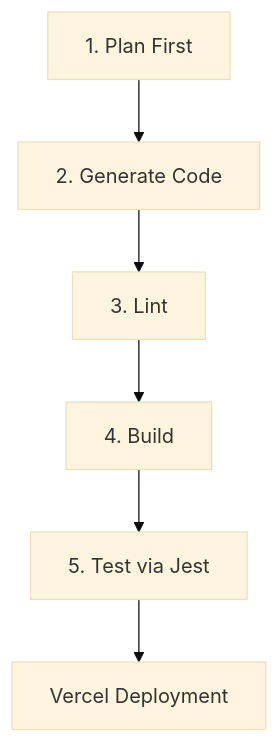
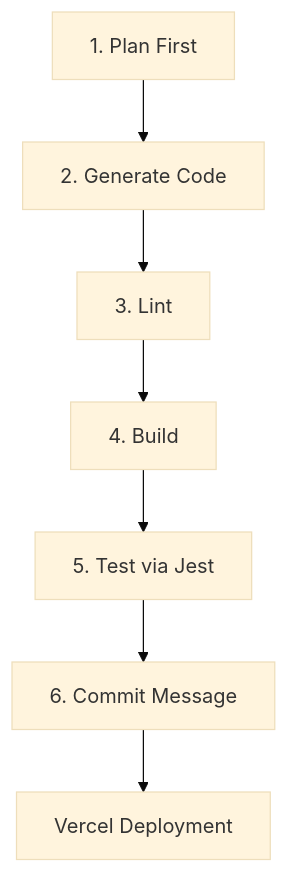
The diagram in AGENT.MD (itanne99/ido-portfolio), drawn with Mermaid (base theme) before and after one commit. The commit also changed other lines of this file, not shown here.

Commit message:
chore: add commit message generation to agent rules

````diff
--- a/AGENT.MD
+++ b/AGENT.MD
@@ -56,8 +56,9 @@
 ```mermaid
 graph TD
     A[1. Plan First] --> B[2. Generate Code]
     B --> C[3. Lint]
     C --> D[4. Build]
     D --> E[5. Test via Jest]
-    E --> F[Vercel Deployment]
+    E --> F[6. Commit Message]
+    F --> G[Vercel Deployment]
 ```
````
